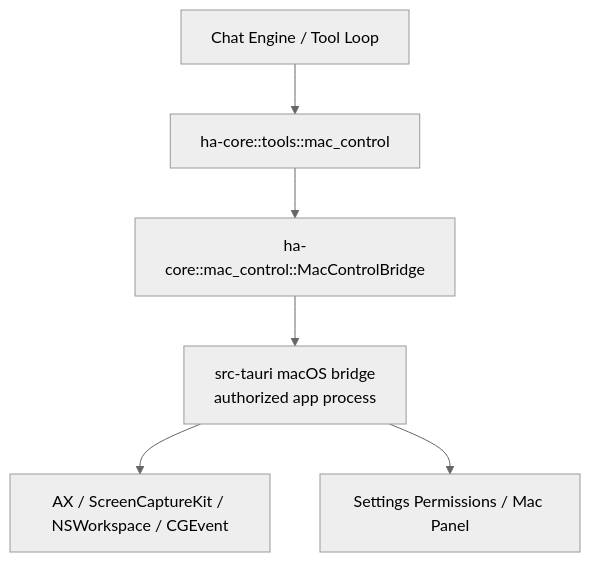
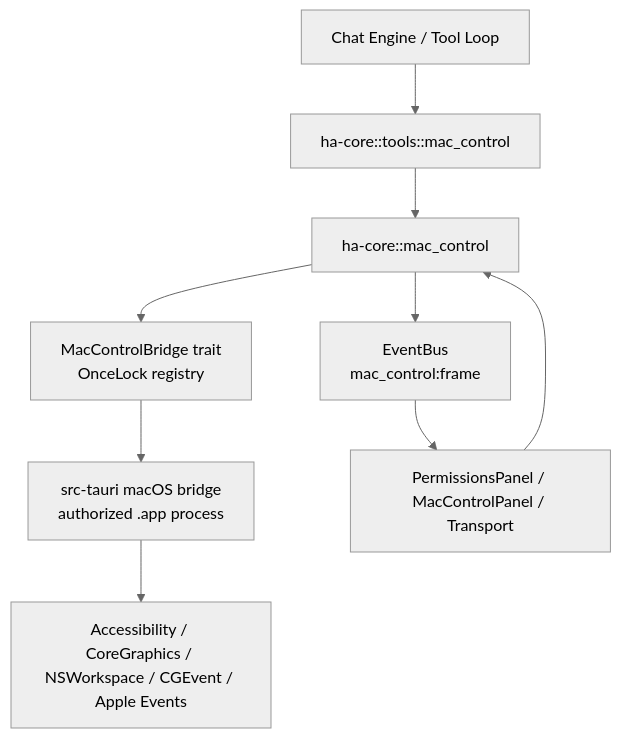
One commit to shiwenwen/hope-agent changed the diagram in docs/architecture/macos-control.md. Above: the diagram before and after it, drawn with Mermaid (neutral theme). The commit also changed other lines of this file and 27 other files, not shown here.

Commit message:
🦭 feat: complete mac control desktop actions

````diff
--- a/docs/architecture/macos-control.md
+++ b/docs/architecture/macos-control.md
@@ -35,15 +38,20 @@
 ```mermaid
 graph TD
     Agent["Chat Engine / Tool Loop"]
     Tool["ha-core::tools::mac_control"]
-    Bridge["ha-core::mac_control::MacControlBridge"]
-    Desktop["src-tauri macOS bridge<br/>authorized app process"]
-    Native["AX / ScreenCaptureKit / NSWorkspace / CGEvent"]
-    UI["Settings Permissions / Mac Panel"]
+    Core["ha-core::mac_control"]
+    Bridge["MacControlBridge trait<br/>OnceLock registry"]
+    Desktop["src-tauri macOS bridge<br/>authorized .app process"]
+    Native["Accessibility / CoreGraphics / NSWorkspace / CGEvent / Apple Events"]
+    EventBus["EventBus<br/>mac_control:frame"]
+    Frontend["PermissionsPanel / MacControlPanel / Transport"]
 
     Agent --> Tool
-    Tool --> Bridge
+    Tool --> Core
+    Core --> Bridge
     Bridge --> Desktop
     Desktop --> Native
-    Desktop --> UI
+    Core --> EventBus
+    EventBus --> Frontend
+    Frontend --> Core
 ```
````
